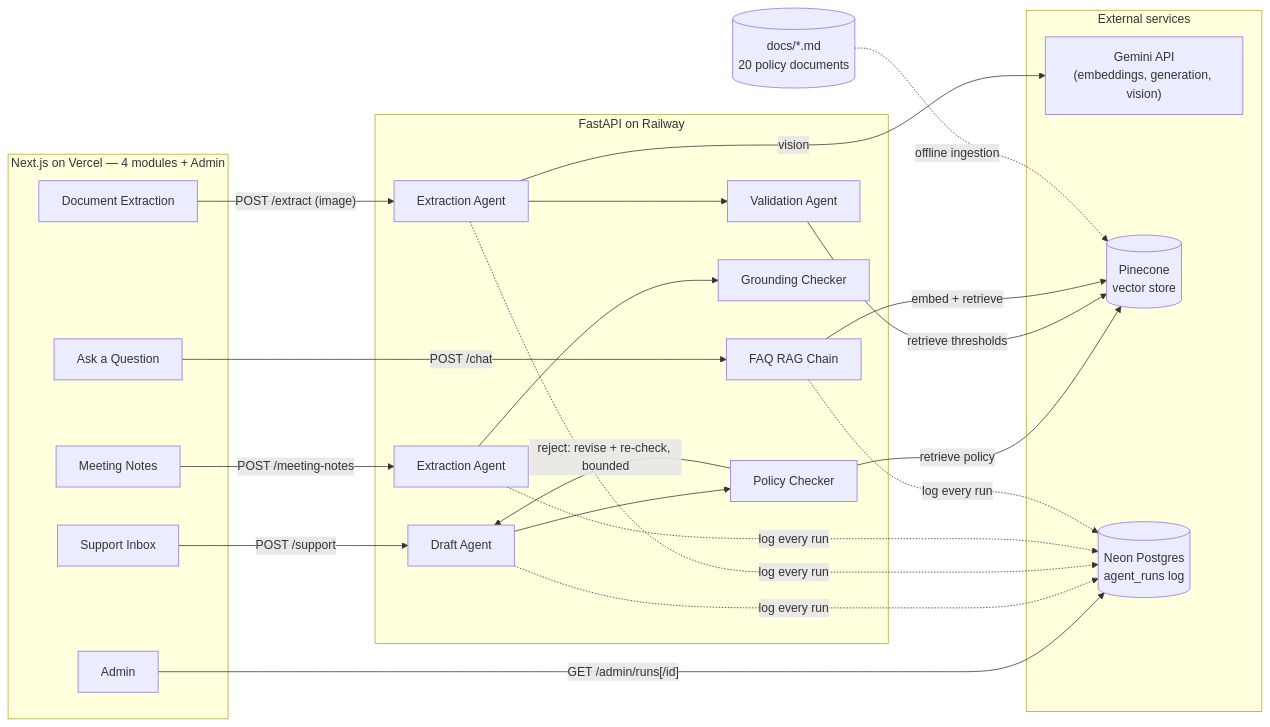
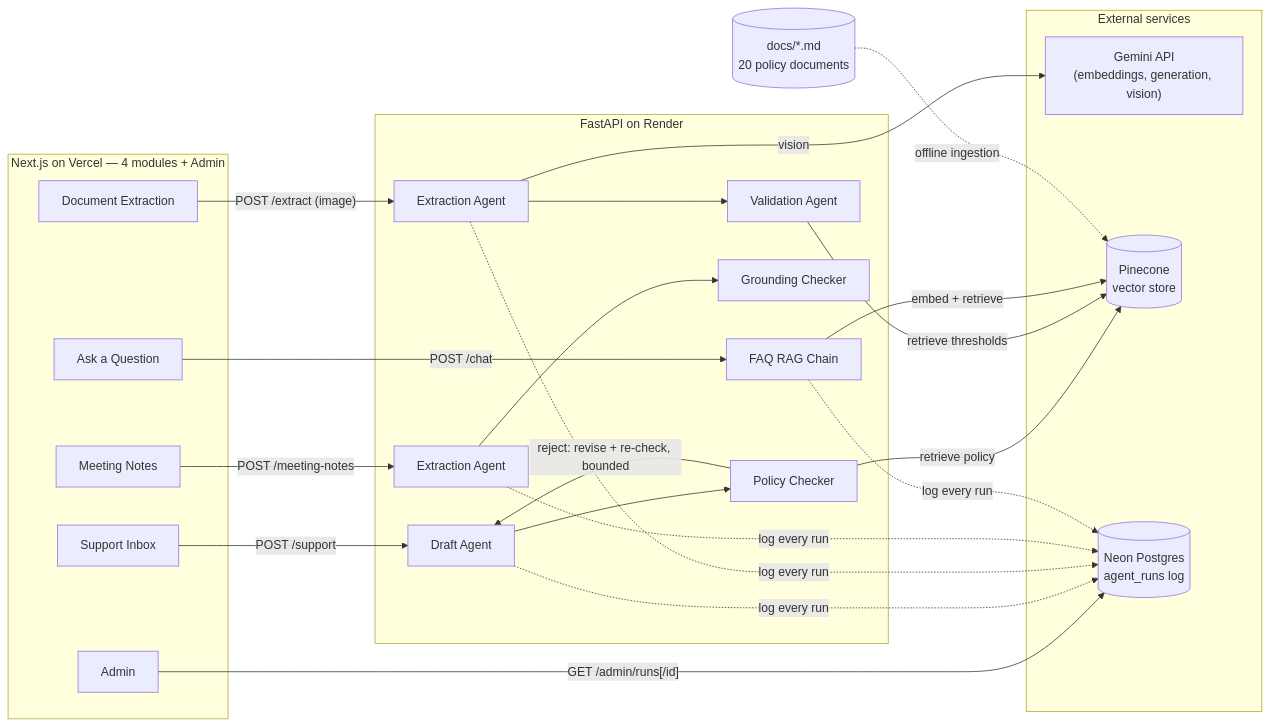
Before and after one commit to TheOneAndOnlyNjabulo/fynbos-ops-console: the diagram in README.md, drawn with Mermaid. The commit also changed other lines of this file, not shown here.

Commit message:
move backend hosting from Railway to Render in README

````diff
--- a/README.md
+++ b/README.md
@@ -27,42 +27,42 @@
 ```mermaid
 flowchart LR
     subgraph Frontend["Next.js on Vercel — 4 modules + Admin"]
         SupportUI[Support Inbox]
         ExtractUI[Document Extraction]
         MeetingUI[Meeting Notes]
         ChatUI[Ask a Question]
         AdminUI[Admin]
     end
 
-    subgraph Backend["FastAPI on Railway"]
+    subgraph Backend["FastAPI on Render"]
         Draft[Draft Agent] --> Checker[Policy Checker]
         Checker -- "reject: revise + re-check, bounded" --> Draft
         Extract[Extraction Agent] --> Validate[Validation Agent]
         MeetExtract[Extraction Agent] --> Ground[Grounding Checker]
         RAG[FAQ RAG Chain]
     end
 
     subgraph External["External services"]
         Gemini["Gemini API<br/>(embeddings, generation, vision)"]
         Pinecone[(Pinecone<br/>vector store)]
         Neon[(Neon Postgres<br/>agent_runs log)]
     end
 
     SupportUI -- "POST /support" --> Draft
     Checker -- "retrieve policy" --> Pinecone
 
     ExtractUI -- "POST /extract (image)" --> Extract
     Extract -- "vision" --> Gemini
     Validate -- "retrieve thresholds" --> Pinecone
 
     MeetingUI -- "POST /meeting-notes" --> MeetExtract
 
     ChatUI -- "POST /chat" --> RAG
     RAG -- "embed + retrieve" --> Pinecone
 
     AdminUI -- "GET /admin/runs[/id]" --> Neon
 
     Draft & Extract & MeetExtract & RAG -.-> |"log every run"| Neon
 
     Docs[("docs/*.md<br/>20 policy documents")] -. "offline ingestion" .-> Pinecone
 ```
````
